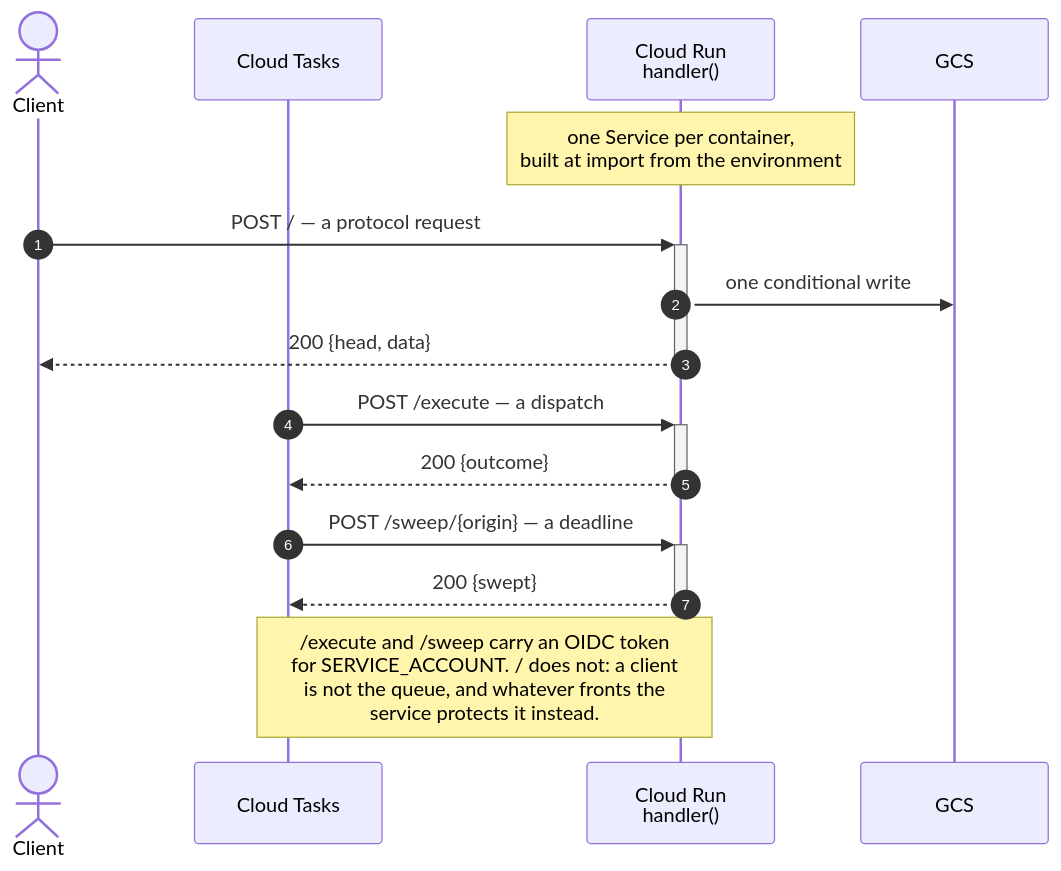
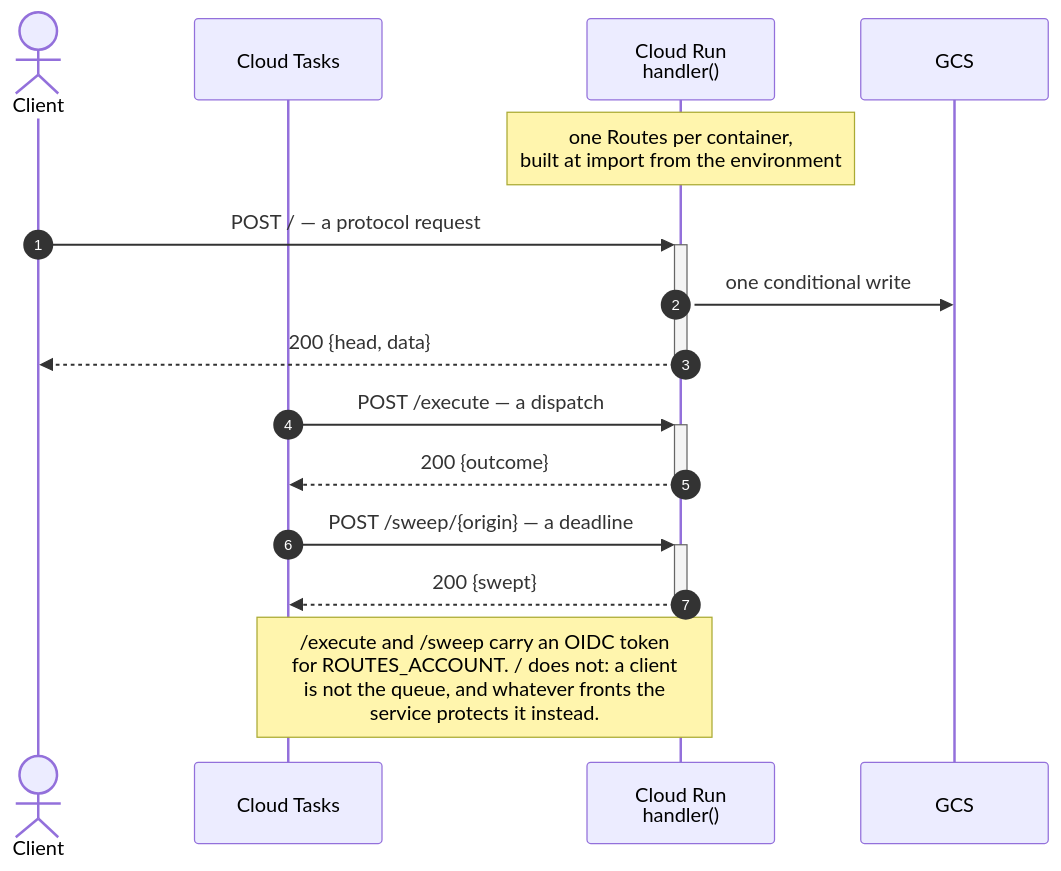
One commit to resonatehq/durable-execution changed the first of 6 diagrams in code/final/SEQUENCE.md. Above: the diagram before and after it, drawn with Mermaid. The commit also changed other lines of this file and 9 other files, not shown here.

````diff
--- a/code/final/SEQUENCE.md
+++ b/code/final/SEQUENCE.md
@@ -45,22 +45,22 @@
 ```mermaid
 sequenceDiagram
     autonumber
     actor C as Client
     participant Q as Cloud Tasks
     participant F as Cloud Run<br/>handler()
     participant S as GCS
 
-    Note over F: one Service per container,<br/>built at import from the environment
+    Note over F: one Routes per container,<br/>built at import from the environment
 
     C->>+F: POST / — a protocol request
     F->>S: one conditional write
     F-->>-C: 200 {head, data}
 
     Q->>+F: POST /execute — a dispatch
     F-->>-Q: 200 {outcome}
 
     Q->>+F: POST /sweep/{origin} — a deadline
     F-->>-Q: 200 {swept}
 
-    Note over Q,F: /execute and /sweep carry an OIDC token<br/>for SERVICE_ACCOUNT. / does not: a client<br/>is not the queue, and whatever fronts the<br/>service protects it instead.
+    Note over Q,F: /execute and /sweep carry an OIDC token<br/>for ROUTES_ACCOUNT. / does not: a client<br/>is not the queue, and whatever fronts the<br/>service protects it instead.
 ```
````
